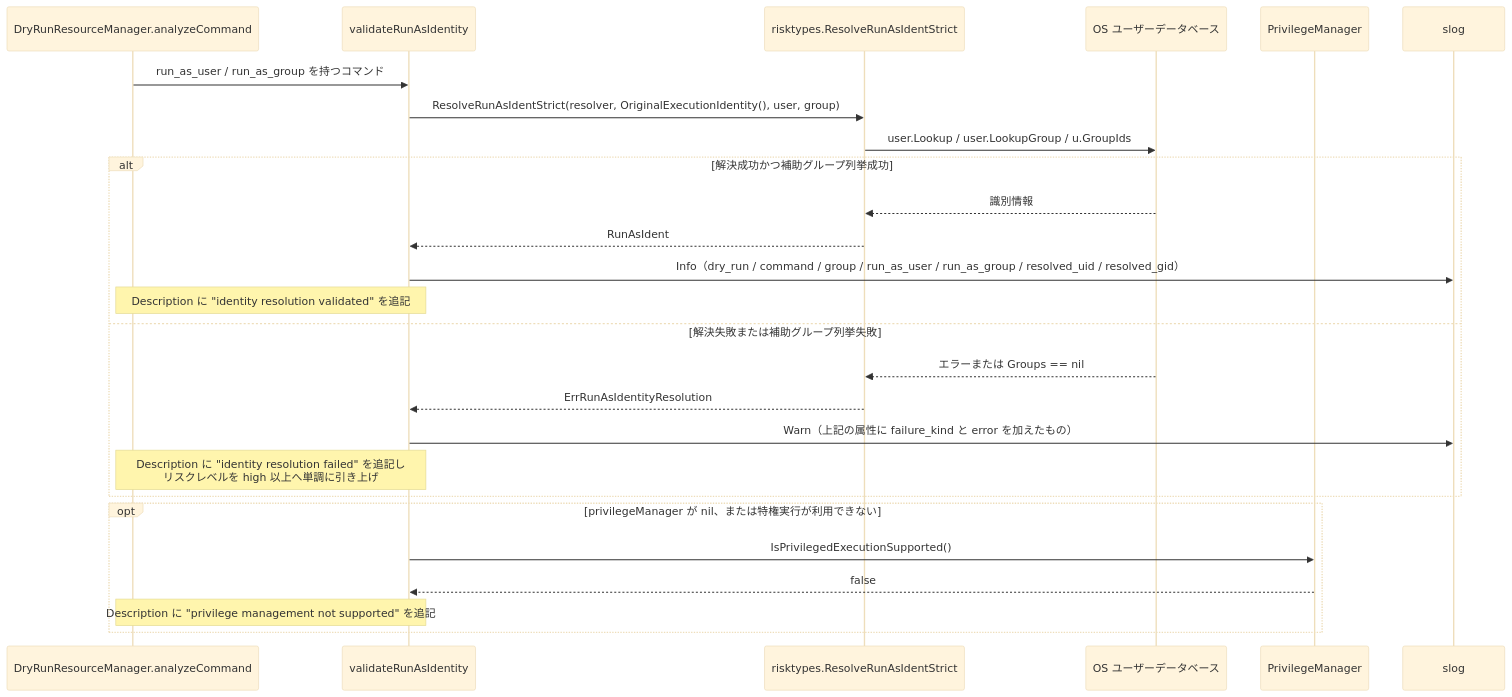
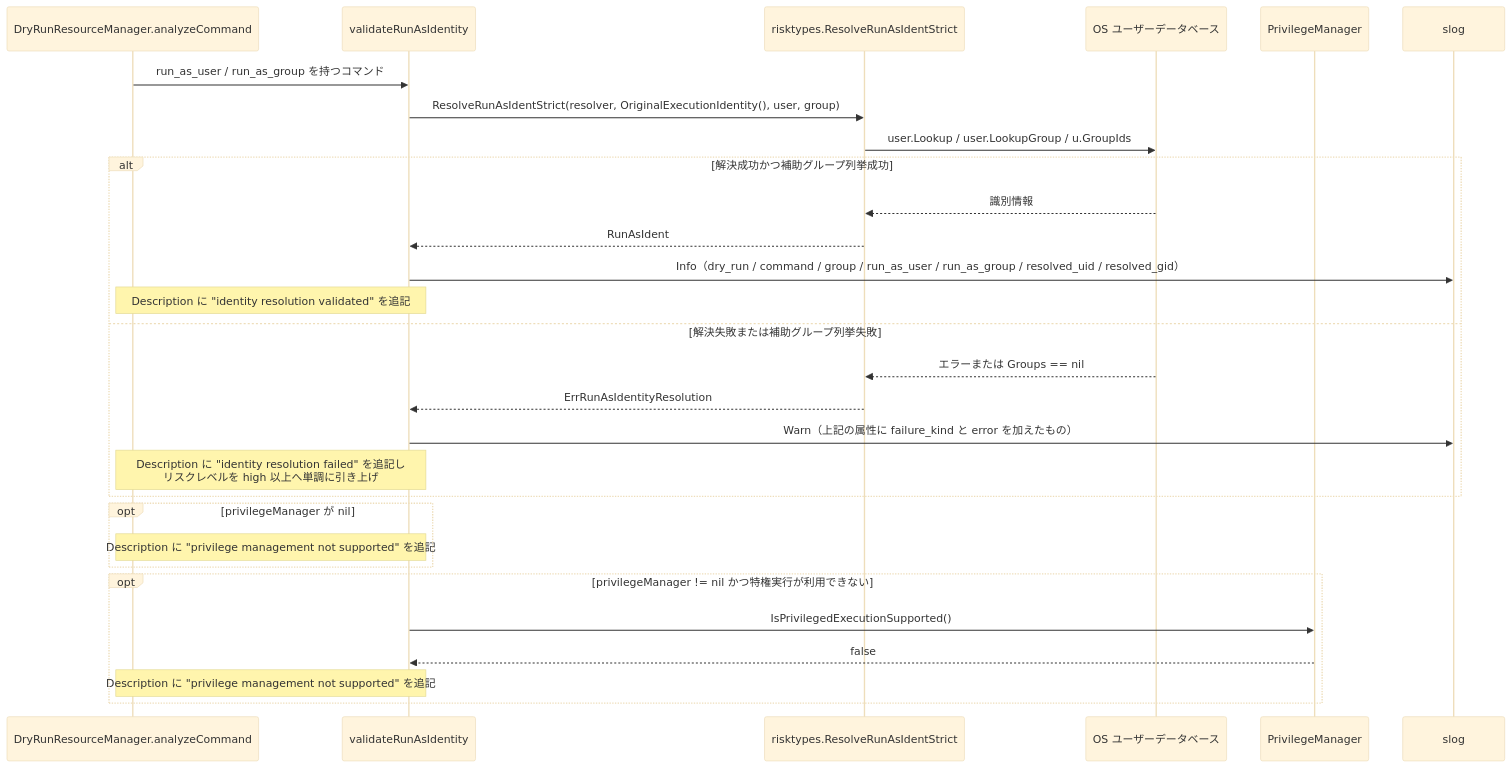
The eighth of 9 diagrams in docs/tasks/0158_dryrun_runas_ident_unification/02_architecture.md (isseis/go-safe-cmd-runner), drawn with Mermaid (base theme) before and after one commit. The commit also changed other lines of this file, not shown here.

Commit message:
fix: address PR #931 review comments

````diff
--- a/docs/tasks/0158_dryrun_runas_ident_unification/02_architecture.md
+++ b/docs/tasks/0158_dryrun_runas_ident_unification/02_architecture.md
@@ -537,29 +537,32 @@
 ```mermaid
 sequenceDiagram
     participant DRY as DryRunResourceManager.analyzeCommand
     participant VAL as validateRunAsIdentity
     participant RT as risktypes.ResolveRunAsIdentStrict
     participant OS as OS ユーザーデータベース
     participant PRV as PrivilegeManager
     participant LOG as slog
 
     DRY->>VAL: run_as_user / run_as_group を持つコマンド
     VAL->>RT: ResolveRunAsIdentStrict(resolver, OriginalExecutionIdentity(), user, group)
     RT->>OS: user.Lookup / user.LookupGroup / u.GroupIds
     alt 解決成功かつ補助グループ列挙成功
         OS-->>RT: 識別情報
         RT-->>VAL: RunAsIdent
         VAL->>LOG: Info（dry_run / command / group / run_as_user / run_as_group / resolved_uid / resolved_gid）
         Note over VAL,DRY: Description に "identity resolution validated" を追記
     else 解決失敗または補助グループ列挙失敗
         OS-->>RT: エラーまたは Groups == nil
         RT-->>VAL: ErrRunAsIdentityResolution
         VAL->>LOG: Warn（上記の属性に failure_kind と error を加えたもの）
         Note over VAL,DRY: Description に "identity resolution failed" を追記し<br>リスクレベルを high 以上へ単調に引き上げ
     end
-    opt privilegeManager が nil、または特権実行が利用できない
+    opt privilegeManager が nil
+        Note over VAL,DRY: Description に "privilege management not supported" を追記
+    end
+    opt privilegeManager != nil かつ特権実行が利用できない
         VAL->>PRV: IsPrivilegedExecutionSupported()
         PRV-->>VAL: false
         Note over VAL,DRY: Description に "privilege management not supported" を追記
     end
 ```
````
